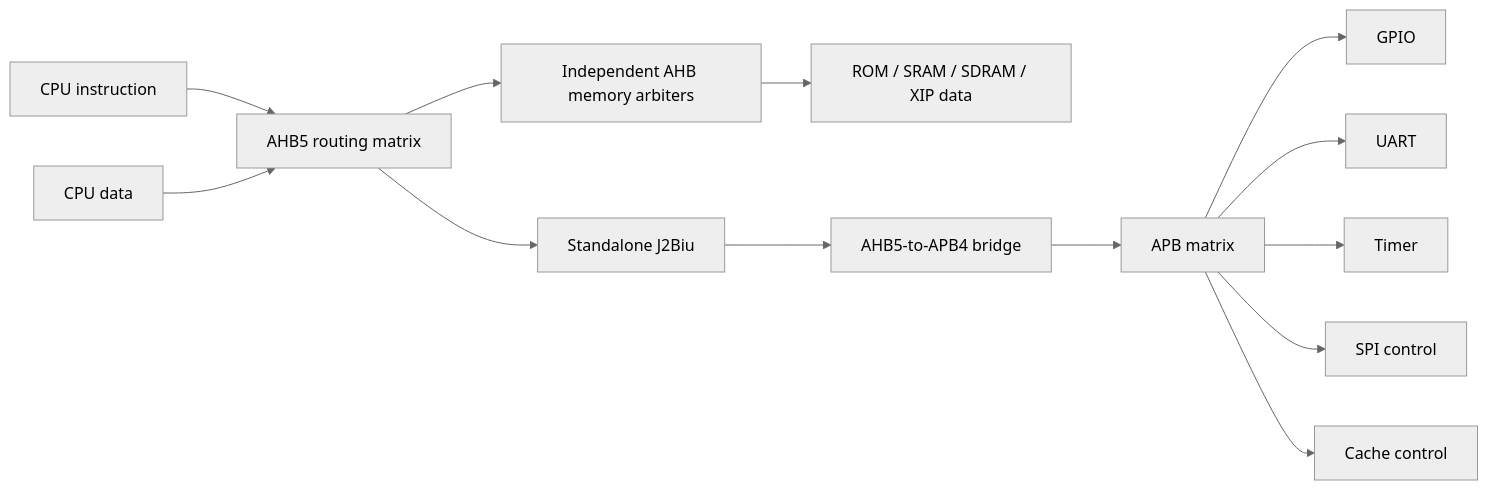
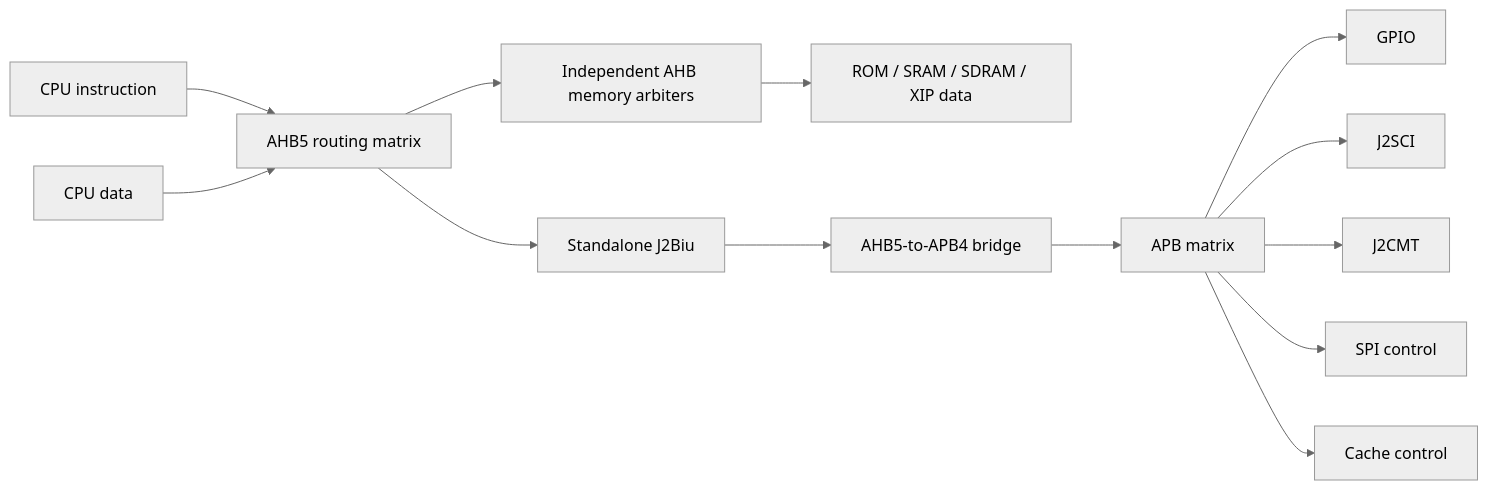
One commit to PreviousVOD/VexJ2 changed the diagram in docs/apb.md. Above: the diagram before and after it, drawn with Mermaid (neutral theme). The commit also changed other lines of this file and 39 other files, not shown here.

First line of the commit message:
Replace timer and UART with SH-2 CMT and SCI peripherals

````diff
--- a/docs/apb.md
+++ b/docs/apb.md
@@ -9,15 +9,15 @@
 ```mermaid
 flowchart LR
   I[CPU instruction] --> ROUTE[AHB5 routing matrix]
   D[CPU data] --> ROUTE
   ROUTE --> MEMARB[Independent AHB memory arbiters]
   MEMARB --> MEM[ROM / SRAM / SDRAM / XIP data]
   ROUTE --> BIU[Standalone J2Biu]
   BIU --> BRIDGE[AHB5-to-APB4 bridge]
   BRIDGE --> MATRIX[APB matrix]
   MATRIX --> GPIO[GPIO]
-  MATRIX --> UART[UART]
-  MATRIX --> TIMER[Timer]
+  MATRIX --> UART[J2SCI]
+  MATRIX --> TIMER[J2CMT]
   MATRIX --> SPI[SPI control]
   MATRIX --> CACHE[Cache control]
 ```
````
